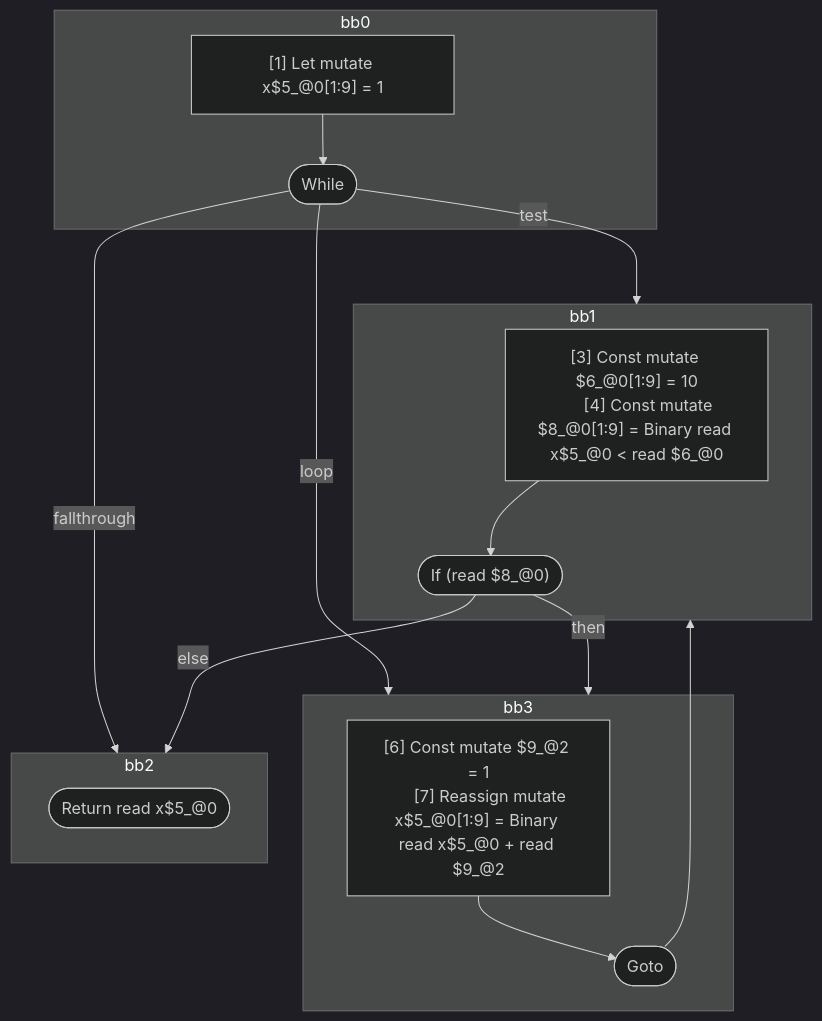
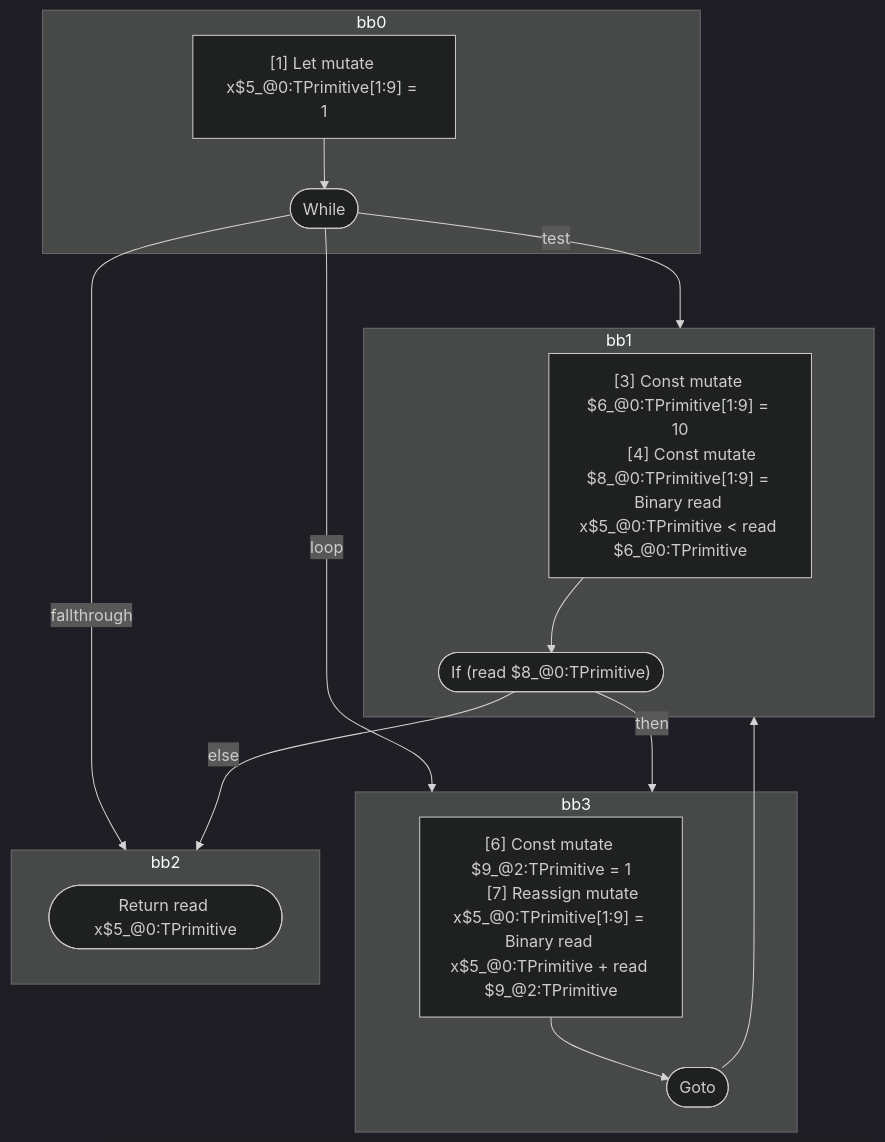
The diagram in compiler/forget/src/__tests__/fixtures/hir/ssa-while.expect.md (wutsmog/private), drawn with Mermaid (dark theme) before and after one commit. The commit also changed other lines of this file and 112 other files, not shown here.

````diff
--- a/compiler/forget/src/__tests__/fixtures/hir/ssa-while.expect.md
+++ b/compiler/forget/src/__tests__/fixtures/hir/ssa-while.expect.md
@@ -61,36 +61,36 @@
 ```mermaid
 flowchart TB
   %% Basic Blocks
   subgraph bb0
     bb0_instrs["
-      [1] Let mutate x$5_@0[1:9] = 1
+      [1] Let mutate x$5_@0:TPrimitive[1:9] = 1
     "]
     bb0_instrs --> bb0_terminal(["While"])
   end
   subgraph bb1
     bb1_instrs["
-      [3] Const mutate $6_@0[1:9] = 10
-      [4] Const mutate $8_@0[1:9] = Binary read x$5_@0 < read $6_@0
+      [3] Const mutate $6_@0:TPrimitive[1:9] = 10
+      [4] Const mutate $8_@0:TPrimitive[1:9] = Binary read x$5_@0:TPrimitive < read $6_@0:TPrimitive
     "]
-    bb1_instrs --> bb1_terminal(["If (read $8_@0)"])
+    bb1_instrs --> bb1_terminal(["If (read $8_@0:TPrimitive)"])
   end
   subgraph bb3
     bb3_instrs["
-      [6] Const mutate $9_@2 = 1
-      [7] Reassign mutate x$5_@0[1:9] = Binary read x$5_@0 + read $9_@2
+      [6] Const mutate $9_@2:TPrimitive = 1
+      [7] Reassign mutate x$5_@0:TPrimitive[1:9] = Binary read x$5_@0:TPrimitive + read $9_@2:TPrimitive
     "]
     bb3_instrs --> bb3_terminal(["Goto"])
   end
   subgraph bb2
-    bb2_terminal(["Return read x$5_@0"])
+    bb2_terminal(["Return read x$5_@0:TPrimitive"])
   end
 
   %% Jumps
   bb0_terminal -- "test" --> bb1
   bb0_terminal -- "loop" --> bb3
   bb0_terminal -- "fallthrough" --> bb2
   bb1_terminal -- "then" --> bb3
   bb1_terminal -- "else" --> bb2
   bb3_terminal --> bb1
 
 ```
````
